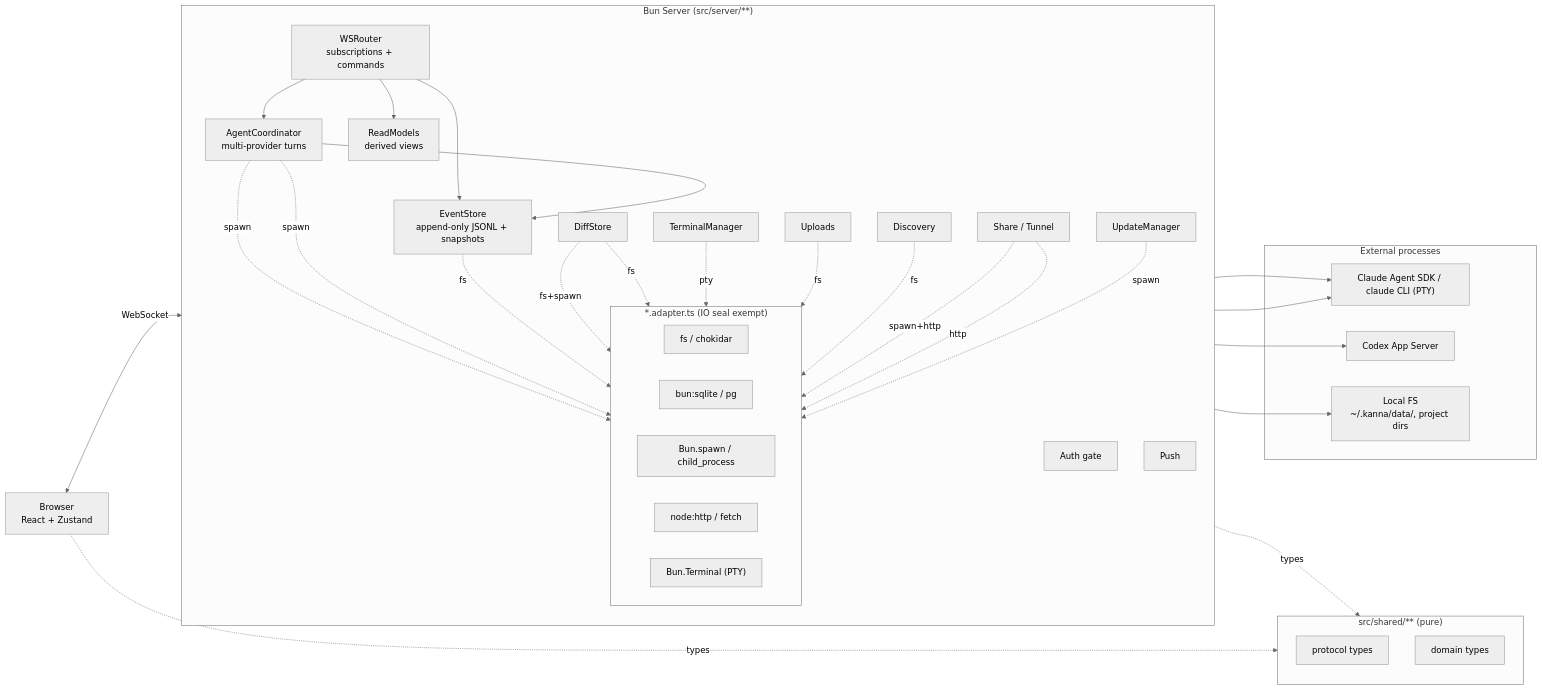
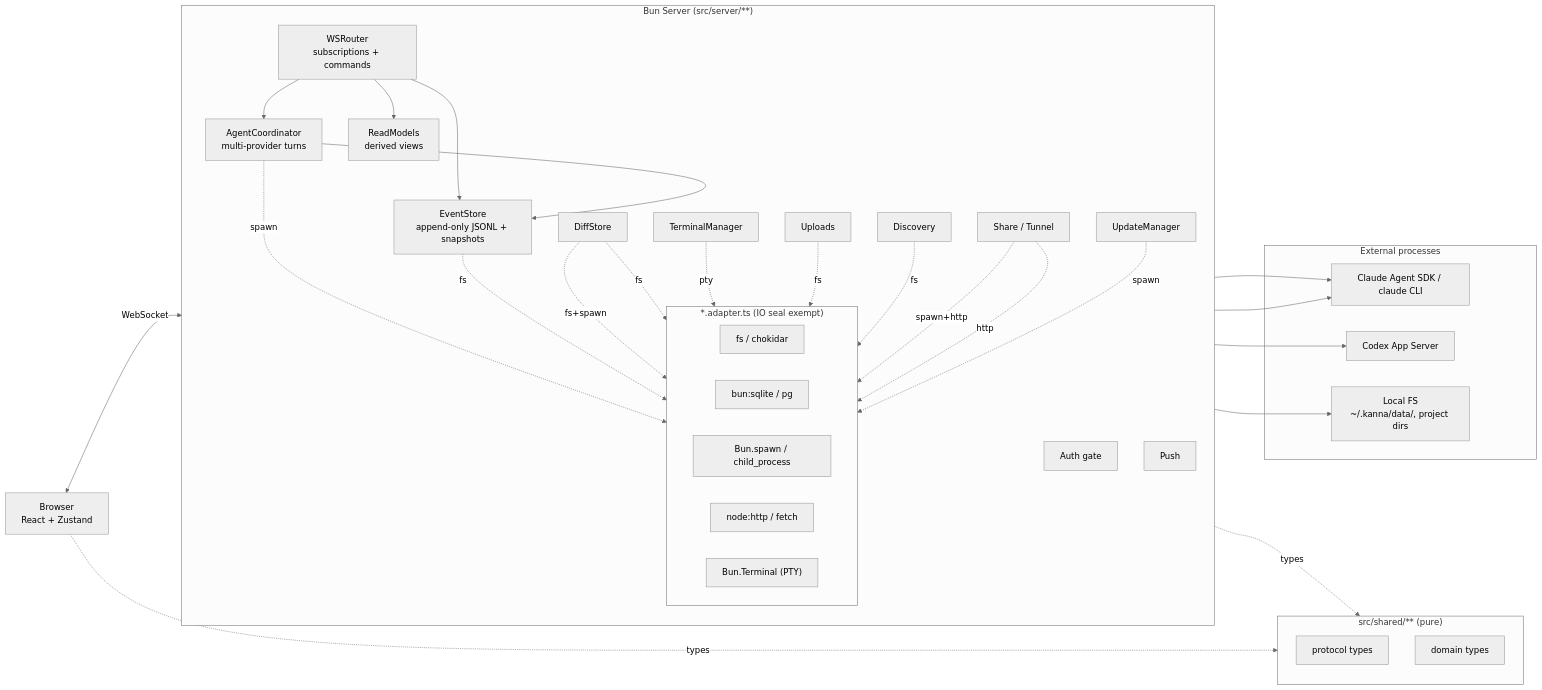
Before and after one commit to cuongtranba/kanna: the first of 2 diagrams in README.md, drawn with Mermaid (neutral theme). The commit also changed other lines of this file and 87 other files, not shown here.

First line of the commit message:
docs: retire the PTY driver from CLAUDE.md, skills, C3 and the wiki

````diff
--- a/README.md
+++ b/README.md
@@ -133,65 +131,64 @@
 ```mermaid
 flowchart LR
     Browser["Browser<br/>React + Zustand"]
 
     subgraph Server["Bun Server (src/server/**)"]
         direction TB
         WS["WSRouter<br/>subscriptions + commands"]
         Auth["Auth gate"]
         Agent["AgentCoordinator<br/>multi-provider turns"]
         ES["EventStore<br/>append-only JSONL + snapshots"]
         RM["ReadModels<br/>derived views"]
         Diff["DiffStore"]
         Term["TerminalManager"]
         Up["Uploads"]
         Disc["Discovery"]
         Push["Push"]
         Tun["Share / Tunnel"]
         Upd["UpdateManager"]
 
         subgraph Adapters["*.adapter.ts (IO seal exempt)"]
             direction LR
             FsA["fs / chokidar"]
             DbA["bun:sqlite / pg"]
             SpA["Bun.spawn / child_process"]
             HtA["node:http / fetch"]
             PtyA["Bun.Terminal (PTY)"]
         end
 
         WS --> Agent
         WS --> ES
         WS --> RM
         Agent --> ES
         Agent -.spawn.-> SpA
-        Agent -.spawn.-> PtyA
         ES -.fs.-> FsA
         Diff -.fs+spawn.-> SpA
         Diff -.fs.-> FsA
         Term -.pty.-> PtyA
         Up -.fs.-> FsA
         Disc -.fs.-> FsA
         Tun -.spawn+http.-> SpA
         Tun -.http.-> HtA
         Upd -.spawn.-> SpA
     end
 
     subgraph Shared["src/shared/** (pure)"]
         Proto["protocol types"]
         Types["domain types"]
     end
 
     subgraph External["External processes"]
-        CC["Claude Agent SDK / claude CLI (PTY)"]
+        CC["Claude Agent SDK / claude CLI"]
         CX["Codex App Server"]
         FS["Local FS<br/>~/.kanna/data/, project dirs"]
     end
 
     Browser <-->|WebSocket| WS
     Browser -.types.-> Shared
     Server -.types.-> Shared
 
     SpA --> CC
     SpA --> CX
     PtyA --> CC
     FsA --> FS
 ```
````
